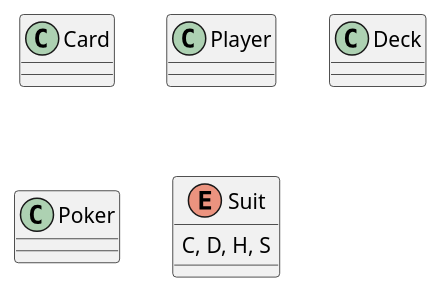
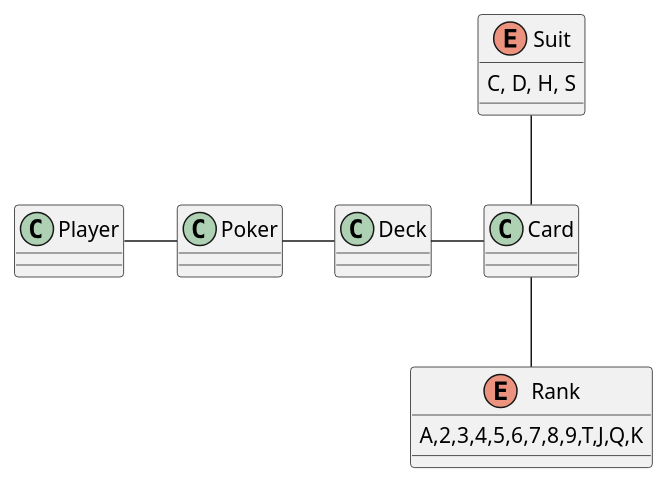
The diagram in UML/uml.puml (hvferreira/Java-Poker), drawn with PlantUML before and after one commit. The commit also changed 8 other files, not shown here.

```diff
--- a/UML/uml.puml
+++ b/UML/uml.puml
@@ -1,24 +1,33 @@
 @startuml
 
 
 class Card {
 
 }
 
 class Player {
 
 }
 
 class Deck {
 
 }
 
 class Poker {
 
 }
 
 enum Suit {
 C, D, H, S
 }
 
+enum Rank {
+A,2,3,4,5,6,7,8,9,T,J,Q,K
+}
+
+Player -right- Poker
+Poker -right- Deck
+Deck -right- Card
+Card -up- Suit
+Card -down- Rank
 @enduml
```
